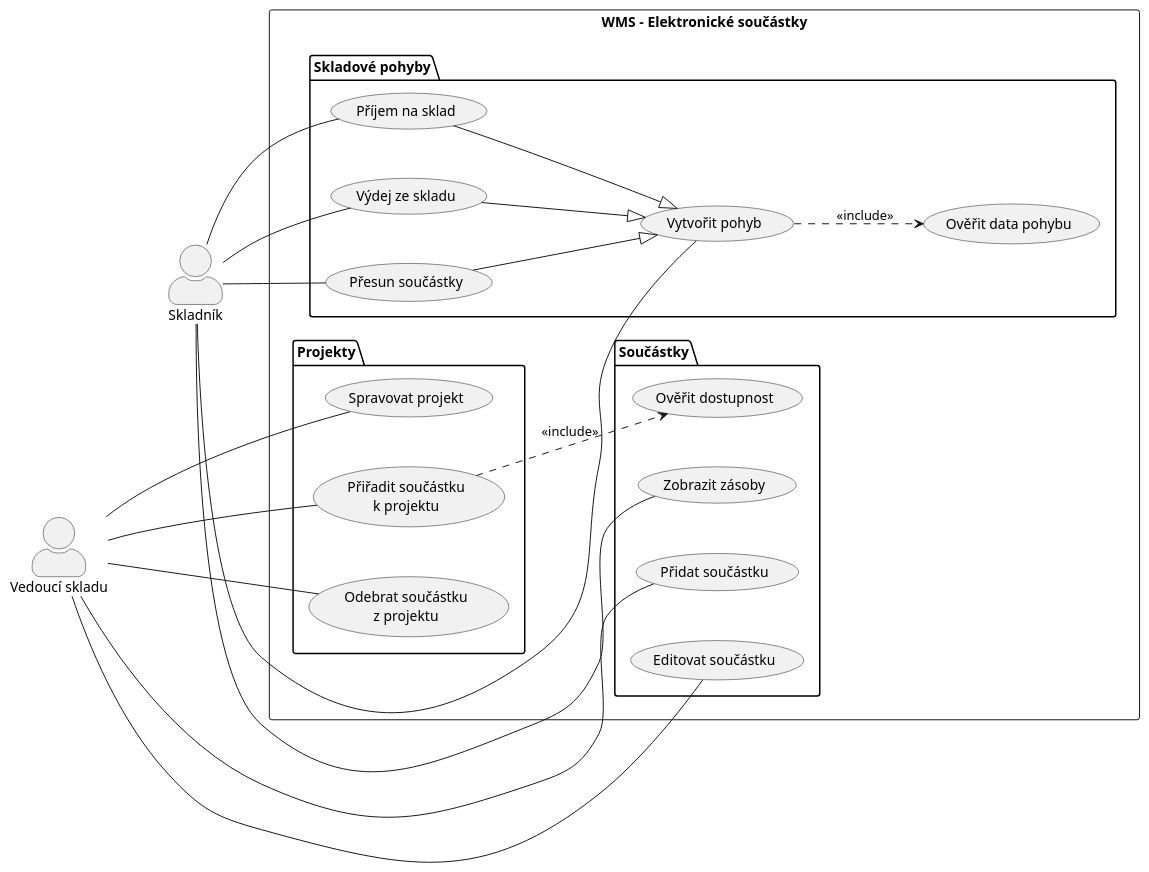
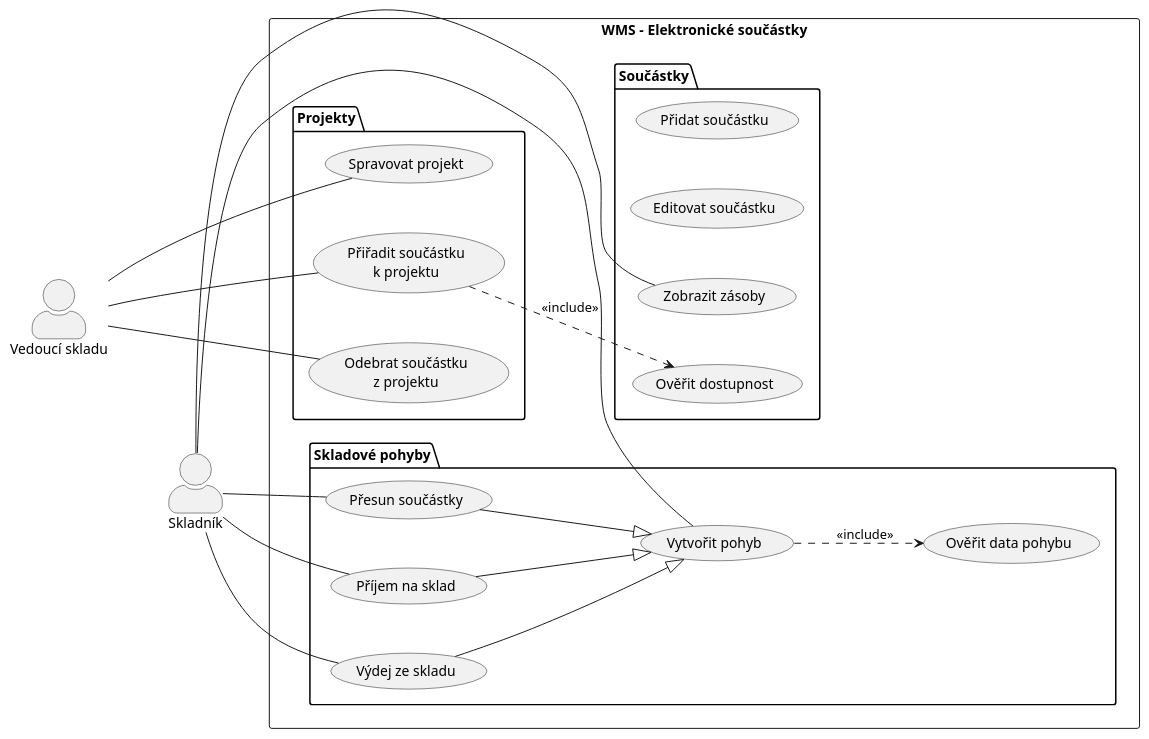
Before and after one commit to lkvapil/kOdevzdaniProjektWMS: the diagram in diagrams/01_use_case.puml, drawn with PlantUML. The commit also changed 7 other files, not shown here.

Commit message:
fix: vedouci skladu pouze spravuje projekt, odstraneni UC_ADD/UC_EDIT

```diff
--- a/diagrams/01_use_case.puml
+++ b/diagrams/01_use_case.puml
@@ -1,59 +1,57 @@
 @startuml 01_use_case
 left to right direction
 skinparam actorStyle awesome
 skinparam nodesep 50
 skinparam ranksep 60
 skinparam packagePadding 10
 
 actor "Vedoucí skladu" as Vedouci
 actor "Skladník" as Skladnik
 
 Vedouci -[hidden]down- Skladnik
 
 rectangle "WMS – Elektronické součástky" {
 
   package "Projekty" {
     usecase "Spravovat projekt" as UC_PROJEKT
     usecase "Přiřadit součástku\nk projektu" as UC_PRIRADIT
     usecase "Odebrat součástku\nz projektu" as UC_ODEBRAT
   }
 
   package "Součástky" {
     usecase "Přidat součástku" as UC_ADD
     usecase "Editovat součástku" as UC_EDIT
     usecase "Zobrazit zásoby" as UC_ZASOBY
     usecase "Ověřit dostupnost" as UC_DOSTUPNOST
   }
 
   package "Skladové pohyby" {
     usecase "Vytvořit pohyb" as UC_POHYB
     usecase "Ověřit data pohybu" as UC_OVERIT
     usecase "Příjem na sklad" as UC_PRIJEM
     usecase "Výdej ze skladu" as UC_VYDEJ
     usecase "Přesun součástky" as UC_PRESUN
   }
 
 }
 
 Vedouci -- UC_PROJEKT
 Vedouci -- UC_PRIRADIT
 Vedouci -- UC_ODEBRAT
-Vedouci -- UC_ADD
-Vedouci -- UC_EDIT
 
 Skladnik -- UC_PRIJEM
 Skladnik -- UC_VYDEJ
 Skladnik -- UC_PRESUN
 Skladnik -- UC_ZASOBY
 Skladnik -- UC_POHYB
 
 ' include
 UC_POHYB    ..> UC_OVERIT     : <<include>>
 UC_PRIRADIT ..> UC_DOSTUPNOST : <<include>>
 
 ' generalizace místo extend – specifické varianty pohybu
 UC_PRIJEM --|> UC_POHYB
 UC_VYDEJ  --|> UC_POHYB
 UC_PRESUN --|> UC_POHYB
 
 @enduml
```
